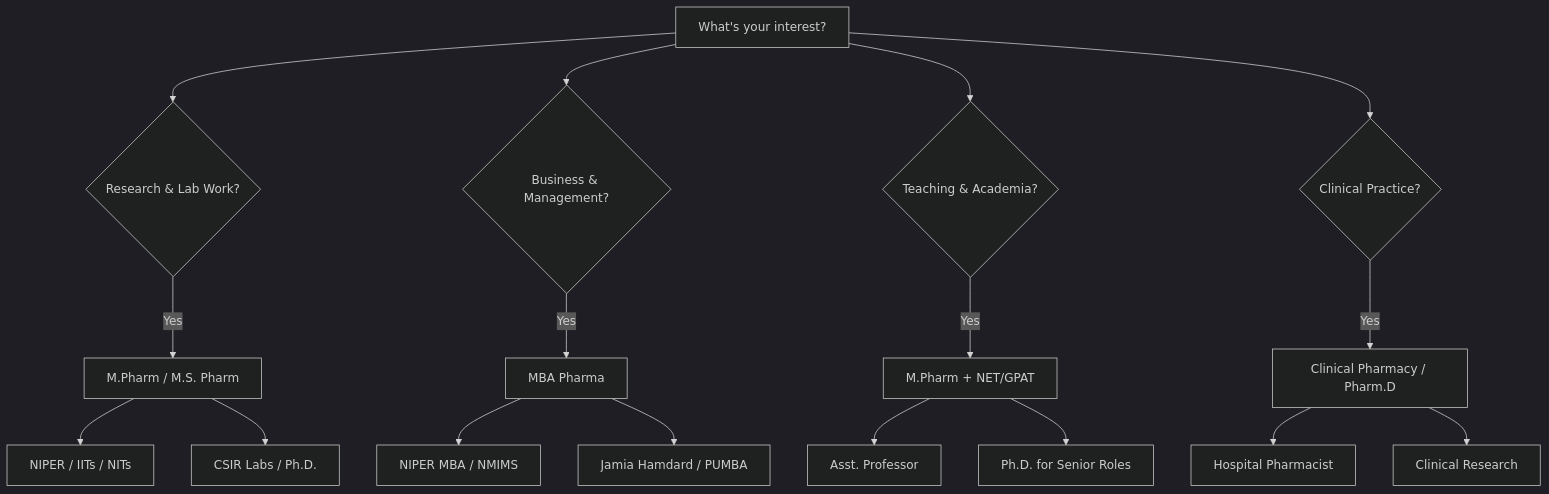
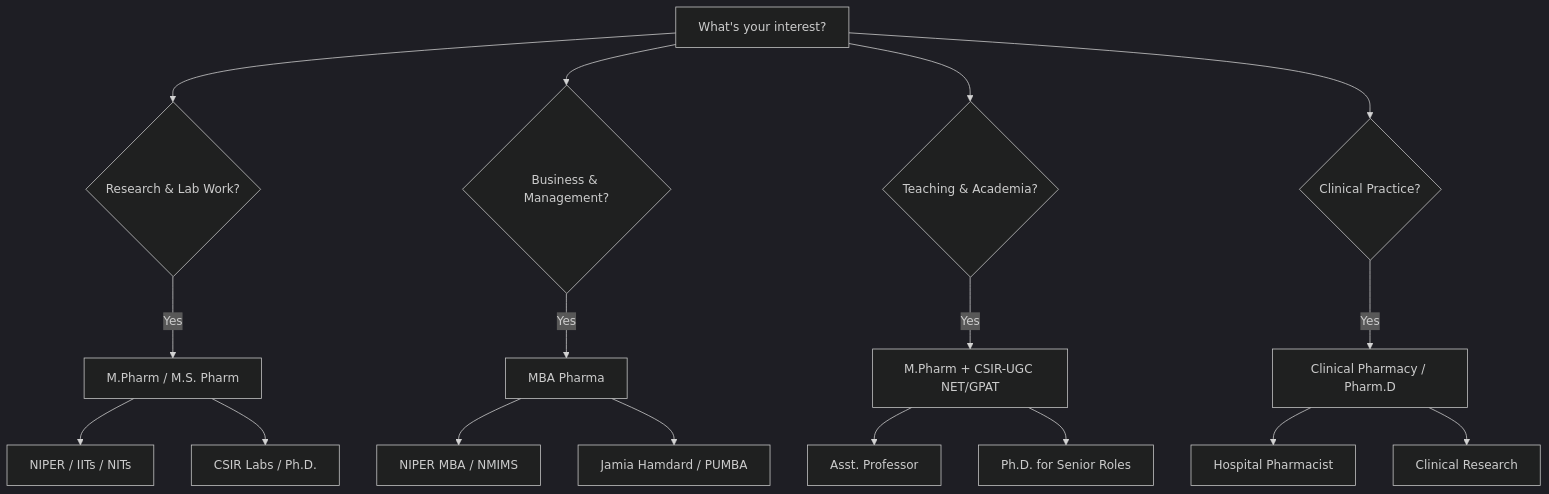
One commit to sagarnikam123/sagarnikam123.github.io changed the second of 3 diagrams in _posts/2026-01-21-pharmacy-career-options-india-after-bpharm-mpharm.md. Above: the diagram before and after it, drawn with Mermaid (dark theme). The commit also changed other lines of this file, not shown here.

````diff
--- a/_posts/2026-01-21-pharmacy-career-options-india-after-bpharm-mpharm.md
+++ b/_posts/2026-01-21-pharmacy-career-options-india-after-bpharm-mpharm.md
@@ -337,23 +343,23 @@
 ```mermaid
 flowchart TD
     A[What's your interest?] --> B{Research & Lab Work?}
     A --> C{Business & Management?}
     A --> D{Teaching & Academia?}
     A --> E{Clinical Practice?}
 
     B -->|Yes| F[M.Pharm / M.S. Pharm]
     F --> G[NIPER / IITs / NITs]
     F --> H[CSIR Labs / Ph.D.]
 
     C -->|Yes| I[MBA Pharma]
     I --> J[NIPER MBA / NMIMS]
     I --> K[Jamia Hamdard / PUMBA]
 
-    D -->|Yes| L[M.Pharm + NET/GPAT]
+    D -->|Yes| L[M.Pharm + CSIR-UGC NET/GPAT]
     L --> M[Asst. Professor]
     L --> N[Ph.D. for Senior Roles]
 
     E -->|Yes| O[Clinical Pharmacy / Pharm.D]
     O --> P[Hospital Pharmacist]
     O --> Q[Clinical Research]
 ```
````
